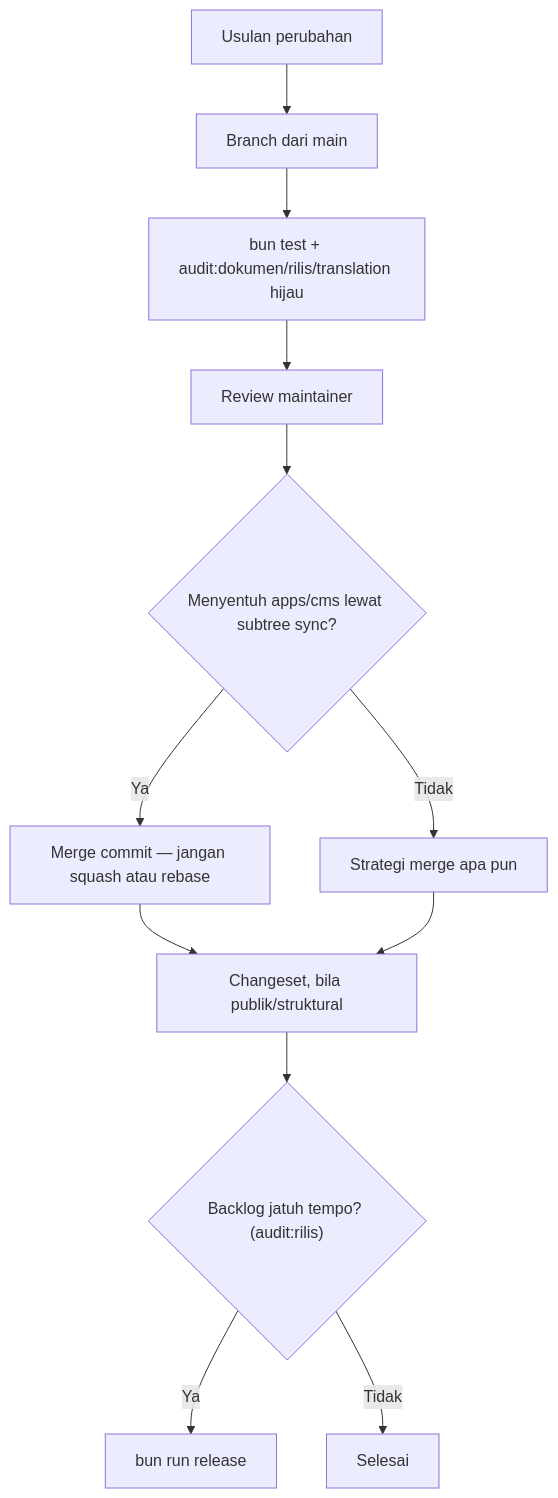
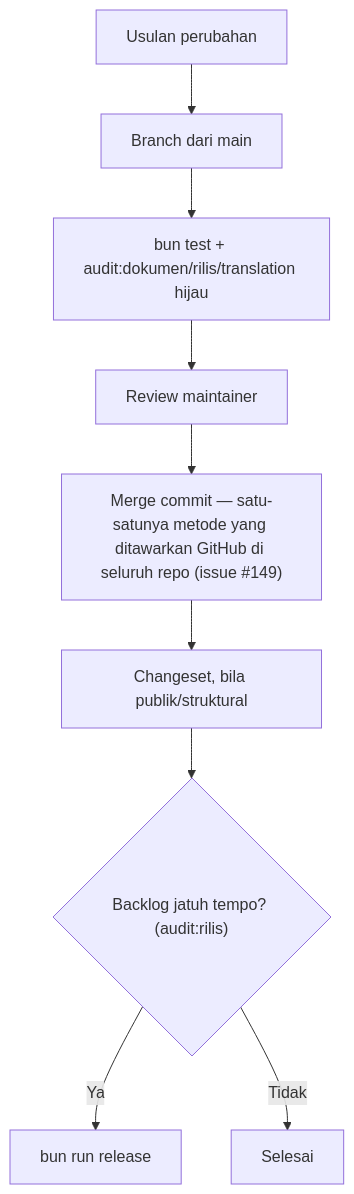
One commit to ahliweb/awcms-one changed the diagram in GOVERNANCE.id.md. Above: the diagram before and after it, drawn with Mermaid. The commit also changed other lines of this file and 13 other files, not shown here.

First line of the commit message:
chore(repo): merge commit is now the only merge method — protects apps/cms subtree syncs (#149)

````diff
--- a/GOVERNANCE.id.md
+++ b/GOVERNANCE.id.md
@@ -38,14 +38,11 @@
 ```mermaid
 flowchart TD
   Proposal["Usulan perubahan"] --> Branch["Branch dari main"]
   Branch --> Gates["bun test + audit:dokumen/rilis/translation hijau"]
   Gates --> Review["Review maintainer"]
-  Review --> Merge{"Menyentuh apps/cms lewat subtree sync?"}
-  Merge -->|Ya| MergeCommit["Merge commit — jangan squash atau rebase"]
-  Merge -->|Tidak| AnyMerge["Strategi merge apa pun"]
+  Review --> MergeCommit["Merge commit — satu-satunya metode yang ditawarkan GitHub di seluruh repo (issue #149)"]
   MergeCommit --> Changeset["Changeset, bila publik/struktural"]
-  AnyMerge --> Changeset
   Changeset --> Due{"Backlog jatuh tempo? (audit:rilis)"}
   Due -->|Ya| Release["bun run release"]
   Due -->|Tidak| Done["Selesai"]
 ```
````
